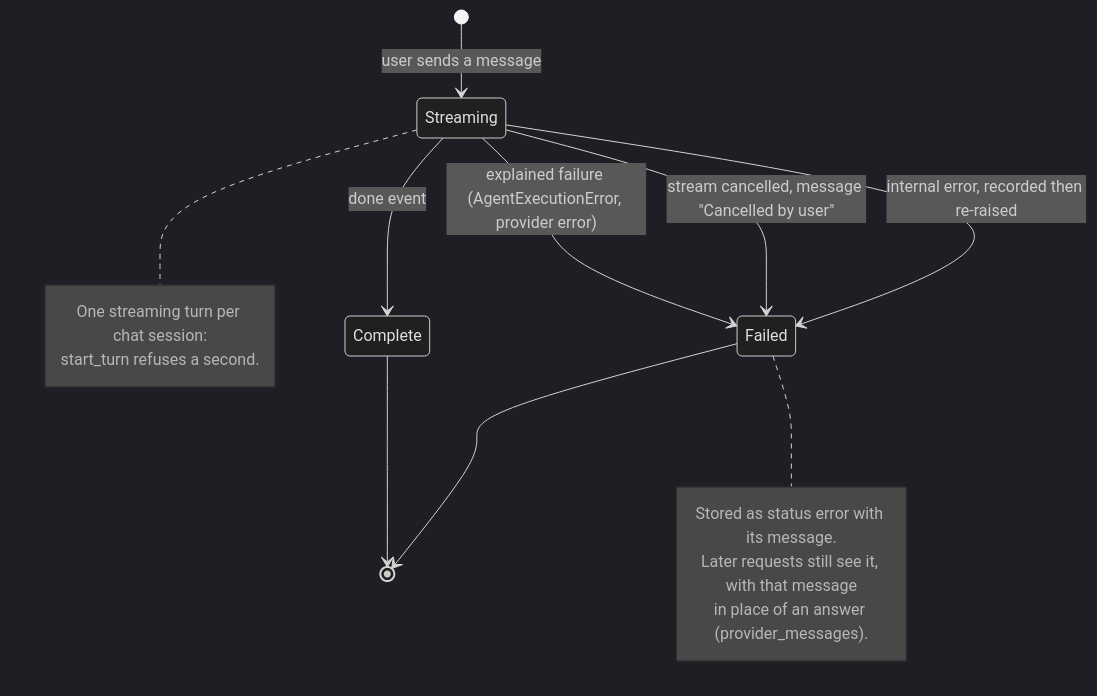
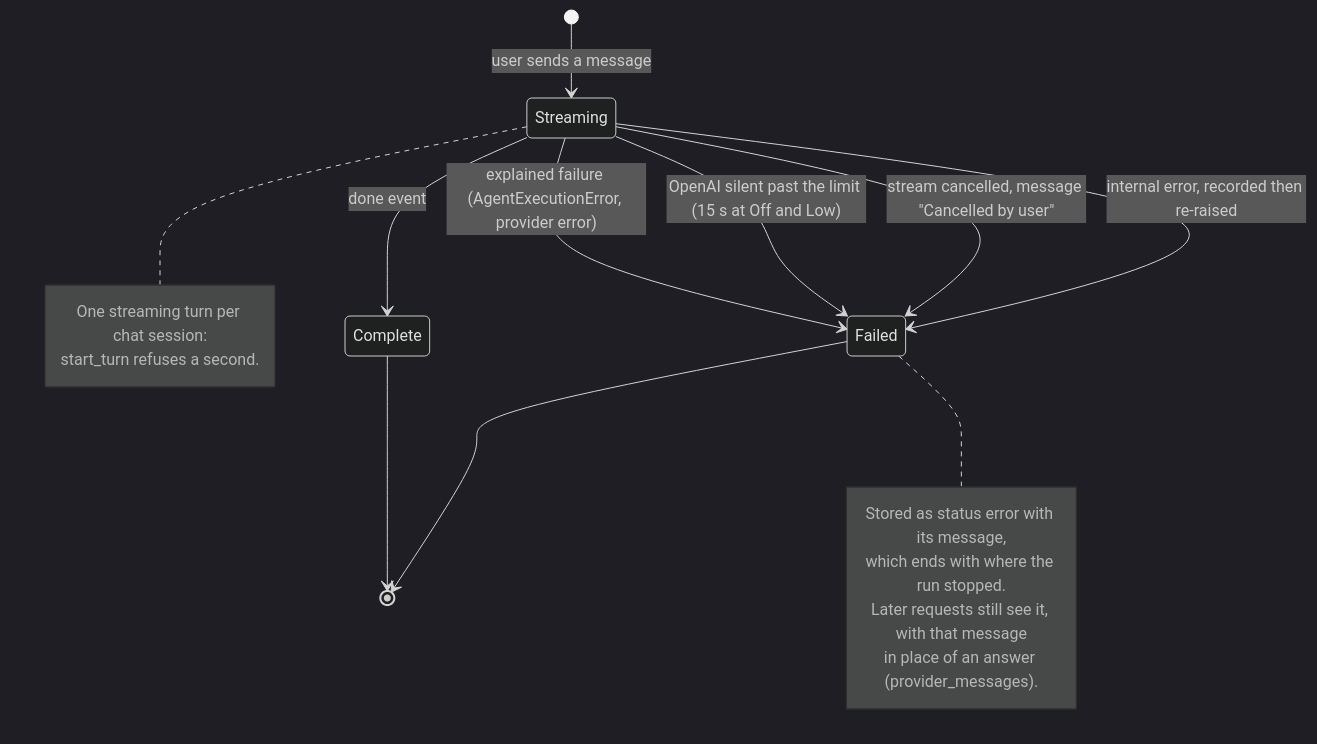
One commit to evolvingstuff/MetaList changed the diagram in docs/diagrams/agent-chat-turn.mmd. Above: the diagram before and after it, drawn with Mermaid (dark theme). The commit also changed 42 other files, not shown here.

First line of the commit message:
AI: resumable summaries, stall limits, where it stopped, lazy view snapshot

```diff
--- a/docs/diagrams/agent-chat-turn.mmd
+++ b/docs/diagrams/agent-chat-turn.mmd
@@ -1,17 +1,19 @@
 stateDiagram-v2
     [*] --> Streaming : user sends a message
     Streaming --> Complete : done event
     Streaming --> Failed : explained failure (AgentExecutionError, provider error)
+    Streaming --> Failed : OpenAI silent past the limit (15 s at Off and Low)
     Streaming --> Failed : stream cancelled, message "Cancelled by user"
     Streaming --> Failed : internal error, recorded then re-raised
     Complete --> [*]
     Failed --> [*]
     note right of Streaming
         One streaming turn per chat session:
         start_turn refuses a second.
     end note
     note right of Failed
-        Stored as status error with its message.
+        Stored as status error with its message,
+        which ends with where the run stopped.
         Later requests still see it, with that message
         in place of an answer (provider_messages).
     end note
```
